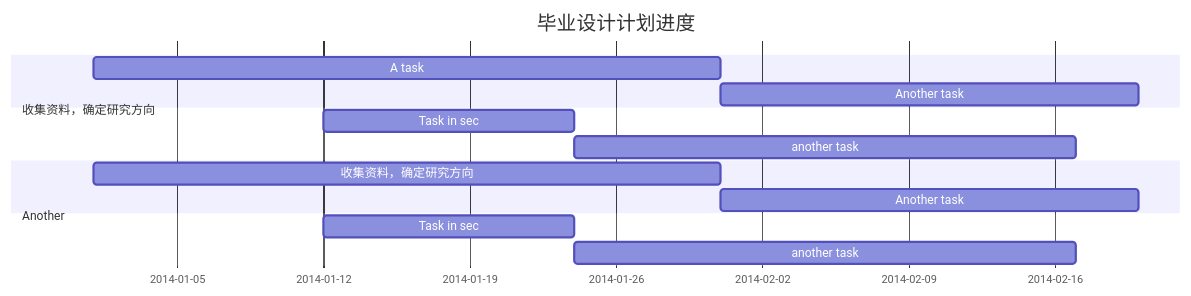
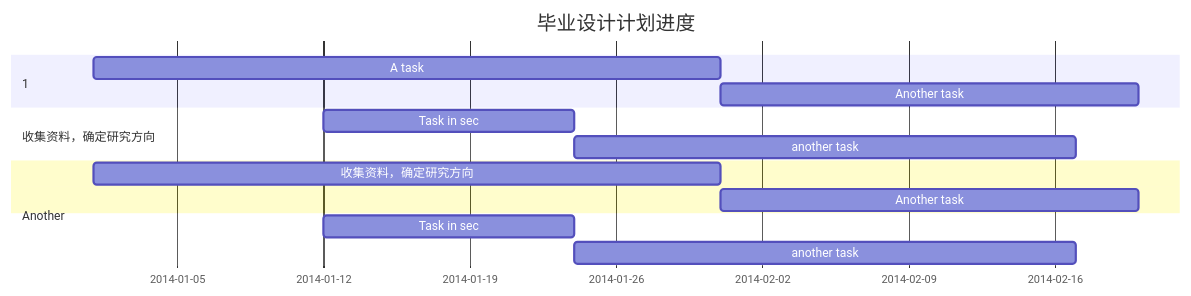
Before and after one commit to Kelseyyz/iodraw-files: the diagram in all/未命名.md, drawn with Mermaid.

Commit message:
2024-12-30 10:59:37 update

````diff
--- a/all/未命名.md
+++ b/all/未命名.md
@@ -1,20 +1,20 @@
 ```mermaid
 gantt
     title 毕业设计计划进度
     dateFormat  YYYY-MM-DD
     
     section 收集资料，确定研究方向
     A task           :a1, 2014-01-01, 30d
     Another task     :after a1  , 20d
     section Another
     Task in sec      :2014-01-12  , 12d
     another task      : 24d
 
 
-    section 收集资料，确定研究方向
+    section 1
     收集资料，确定研究方向           :a1, 2014-01-01, 30d
     Another task     :after a1  , 20d
     section Another
     Task in sec      :2014-01-12  , 12d
     another task      : 24d
 ```
````
